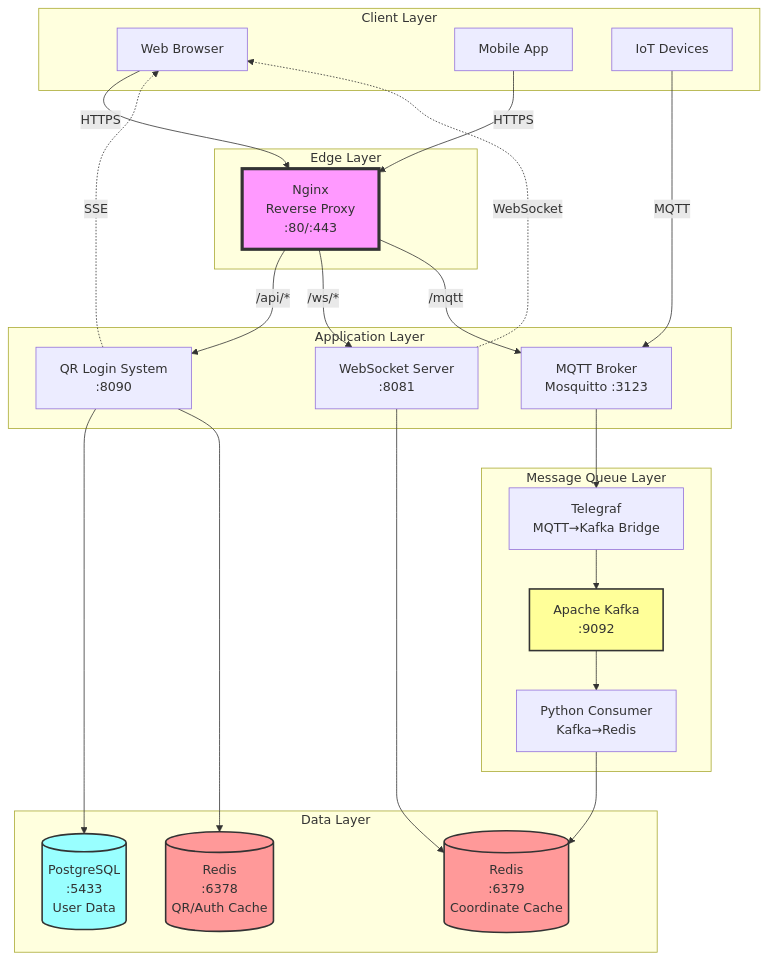
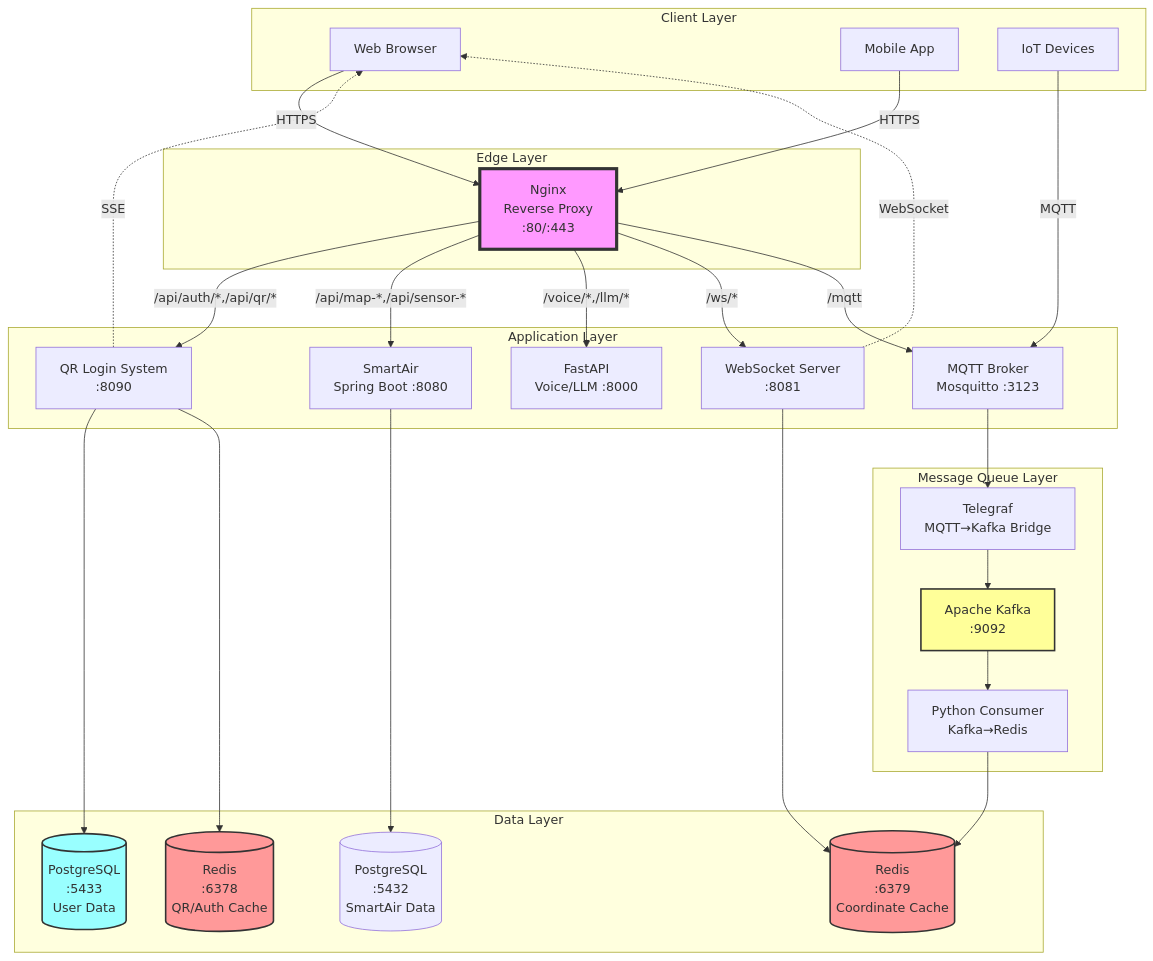
One commit to minjcho/mqttServer changed the first of 6 diagrams in AWS-Architecture.md. Above: the diagram before and after it, drawn with Mermaid. The commit also changed other lines of this file, not shown here.

Commit message:
fix: update AWS architecture documentation and Nginx configuration for SmartAir and FastAPI services

````diff
--- a/AWS-Architecture.md
+++ b/AWS-Architecture.md
@@ -267,61 +330,67 @@
 ```mermaid
 graph TB
     subgraph "Client Layer"
         WEB[Web Browser]
         MOBILE[Mobile App]
         IOT[IoT Devices]
     end
     
     subgraph "Edge Layer"
         NGINX[Nginx<br/>Reverse Proxy<br/>:80/:443]
     end
     
     subgraph "Application Layer"
         QR[QR Login System<br/>:8090]
         WS[WebSocket Server<br/>:8081]
         MQTT[MQTT Broker<br/>Mosquitto :3123]
+        SMART[SmartAir<br/>Spring Boot :8080]
+        FAST[FastAPI<br/>Voice/LLM :8000]
     end
     
     subgraph "Message Queue Layer"
         KAFKA[Apache Kafka<br/>:9092]
         TELEGRAF[Telegraf<br/>MQTT→Kafka Bridge]
         CONSUMER[Python Consumer<br/>Kafka→Redis]
     end
     
     subgraph "Data Layer"
         PG[(PostgreSQL<br/>:5433<br/>User Data)]
+        PG2[(PostgreSQL<br/>:5432<br/>SmartAir Data)]
         REDIS1[(Redis<br/>:6378<br/>QR/Auth Cache)]
         REDIS2[(Redis<br/>:6379<br/>Coordinate Cache)]
     end
     
     %% Client connections
     WEB -->|HTTPS| NGINX
     MOBILE -->|HTTPS| NGINX
     IOT -->|MQTT| MQTT
     
     %% Nginx routing
-    NGINX -->|/api/*| QR
+    NGINX -->|/api/auth/*,/api/qr/*| QR
+    NGINX -->|/api/map-*,/api/sensor-*| SMART
+    NGINX -->|/voice/*,/llm/*| FAST
     NGINX -->|/ws/*| WS
     NGINX -->|/mqtt| MQTT
     
     %% Application to Data
     QR --> PG
     QR --> REDIS1
+    SMART --> PG2
     WS --> REDIS2
     
     %% Message flow
     MQTT --> TELEGRAF
     TELEGRAF --> KAFKA
     KAFKA --> CONSUMER
     CONSUMER --> REDIS2
     
     %% Real-time connections
     QR -.->|SSE| WEB
     WS -.->|WebSocket| WEB
     
     style NGINX fill:#f9f,stroke:#333,stroke-width:4px
     style KAFKA fill:#ff9,stroke:#333,stroke-width:2px
     style PG fill:#9ff,stroke:#333,stroke-width:2px
     style REDIS1 fill:#f99,stroke:#333,stroke-width:2px
     style REDIS2 fill:#f99,stroke:#333,stroke-width:2px
 ```
````
